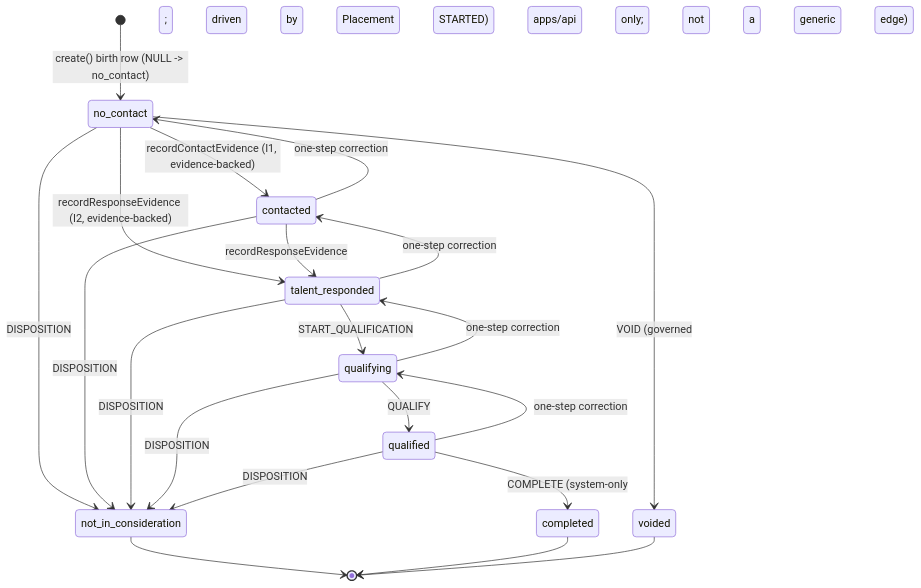
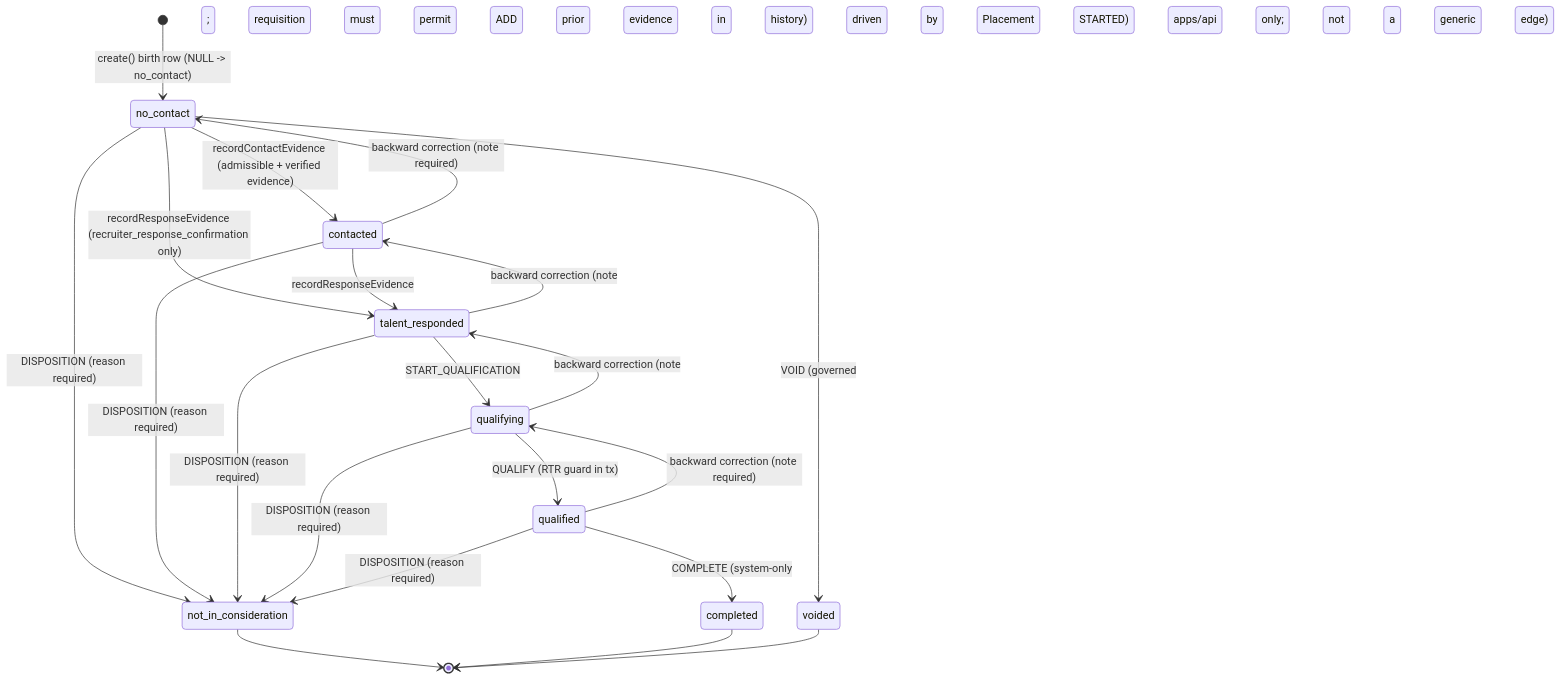
One commit to astreinc/aramo-platform changed the first of 5 diagrams in doc/recon/as-built/D07-pipeline-placement-selection.md. Above: the diagram before and after it, drawn with Mermaid. The commit also changed other lines of this file and 59 other files, not shown here.

````diff
--- a/doc/recon/as-built/D07-pipeline-placement-selection.md
+++ b/doc/recon/as-built/D07-pipeline-placement-selection.md
@@ -125,23 +140,23 @@
 ```mermaid
 stateDiagram-v2
-  [*] --> no_contact: create() birth row (NULL -> no_contact)
-  no_contact --> contacted: recordContactEvidence (I1, evidence-backed)
-  no_contact --> talent_responded: recordResponseEvidence (I2, evidence-backed)
-  no_contact --> not_in_consideration: DISPOSITION
+  [*] --> no_contact: create() birth row (NULL -> no_contact); requisition must permit ADD
+  no_contact --> contacted: recordContactEvidence (admissible + verified evidence)
+  no_contact --> talent_responded: recordResponseEvidence (recruiter_response_confirmation only)
+  no_contact --> not_in_consideration: DISPOSITION (reason required)
   contacted --> talent_responded: recordResponseEvidence
-  contacted --> no_contact: one-step correction
-  contacted --> not_in_consideration: DISPOSITION
+  contacted --> no_contact: backward correction (note required)
+  contacted --> not_in_consideration: DISPOSITION (reason required)
   talent_responded --> qualifying: START_QUALIFICATION
-  talent_responded --> contacted: one-step correction
-  talent_responded --> not_in_consideration: DISPOSITION
-  qualifying --> qualified: QUALIFY
-  qualifying --> talent_responded: one-step correction
-  qualifying --> not_in_consideration: DISPOSITION
-  qualified --> qualifying: one-step correction
-  qualified --> not_in_consideration: DISPOSITION
+  talent_responded --> contacted: backward correction (note; prior evidence in history)
+  talent_responded --> not_in_consideration: DISPOSITION (reason required)
+  qualifying --> qualified: QUALIFY (RTR guard in tx)
+  qualifying --> talent_responded: backward correction (note; prior evidence in history)
+  qualifying --> not_in_consideration: DISPOSITION (reason required)
+  qualified --> qualifying: backward correction (note required)
+  qualified --> not_in_consideration: DISPOSITION (reason required)
   qualified --> completed: COMPLETE (system-only; driven by Placement STARTED)
   no_contact --> voided: VOID (governed; apps/api only; not a generic edge)
   not_in_consideration --> [*]
   completed --> [*]
   voided --> [*]
 ```
````
